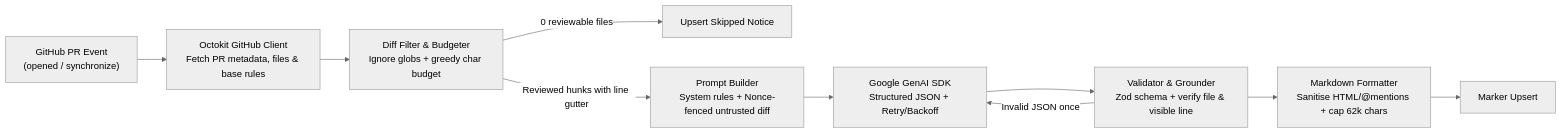
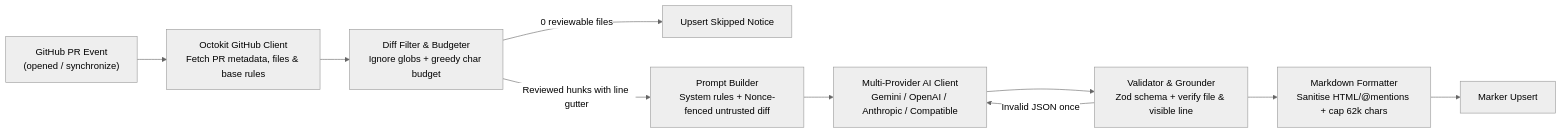
Before and after one commit to Joseph-Monakedi/PullReviewer: the diagram in README.md, drawn with Mermaid (neutral theme). The commit also changed other lines of this file and 14 other files, not shown here.

Commit message:
feat: add multi-provider AI support (Gemini, OpenAI, Anthropic, OpenAI-compatible)

````diff
--- a/README.md
+++ b/README.md
@@ -17,12 +29,12 @@
 ```mermaid
 flowchart LR
   PR["GitHub PR Event\n(opened / synchronize)"] --> GH["Octokit GitHub Client\nFetch PR metadata, files & base rules"]
   GH --> Filter["Diff Filter & Budgeter\nIgnore globs + greedy char budget"]
   Filter -->|0 reviewable files| Skip["Upsert Skipped Notice"]
   Filter -->|Reviewed hunks with line gutter| Prompt["Prompt Builder\nSystem rules + Nonce-fenced untrusted diff"]
-  Prompt --> Gemini["Google GenAI SDK\nStructured JSON + Retry/Backoff"]
-  Gemini --> Validate["Validator & Grounder\nZod schema + verify file & visible line"]
-  Validate -->|Invalid JSON once| Gemini
+  Prompt --> AI["Multi-Provider AI Client\nGemini / OpenAI / Anthropic / Compatible"]
+  AI --> Validate["Validator & Grounder\nZod schema + verify file & visible line"]
+  Validate -->|Invalid JSON once| AI
   Validate --> Format["Markdown Formatter\nSanitise HTML/@mentions + cap 62k chars"]
   Format --> Upsert["Marker Upsert\n<!-- gemini-pr-reviewer:v1 -->"]
 ```
````
